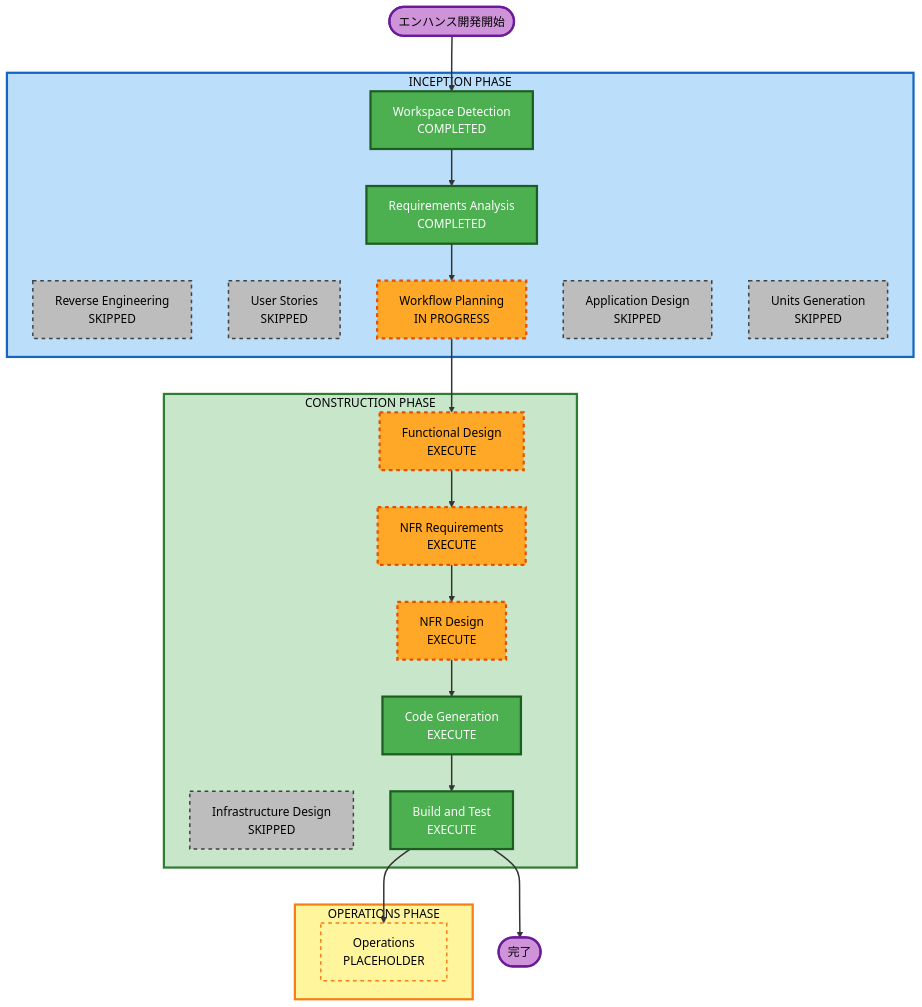
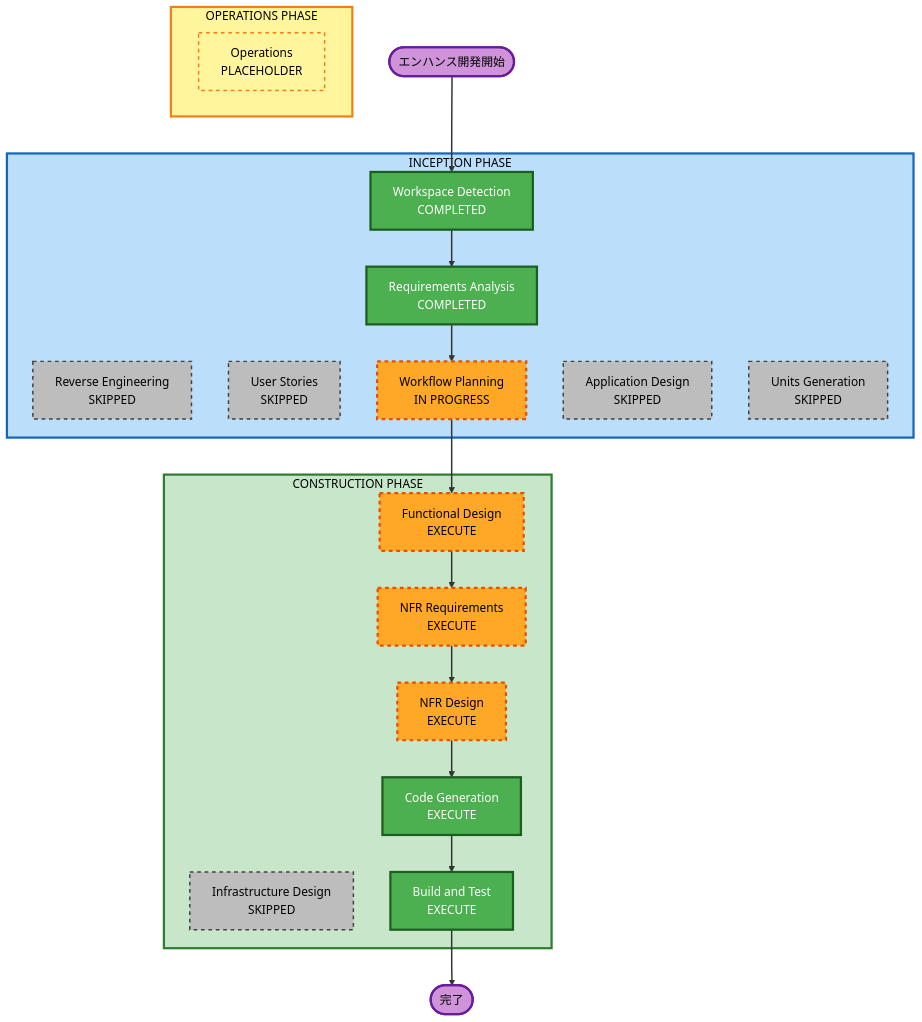
The diagram in Docs/spec/aidlc-docs/inception/plans/execution-plan.md (Bizarress/AI-Development-Tutorial), drawn with Mermaid before and after one commit. The commit also changed other lines of this file and 29 other files, not shown here.

````diff
--- a/Docs/spec/aidlc-docs/inception/plans/execution-plan.md
+++ b/Docs/spec/aidlc-docs/inception/plans/execution-plan.md
@@ -58,60 +63,59 @@
 ```mermaid
 flowchart TD
     Start(["エンハンス開発開始"])
 
     subgraph INCEPTION["INCEPTION PHASE"]
         WD["Workspace Detection\nCOMPLETED"]
         RE["Reverse Engineering\nSKIPPED"]
         RA["Requirements Analysis\nCOMPLETED"]
         US["User Stories\nSKIPPED"]
         WP["Workflow Planning\nIN PROGRESS"]
         AD["Application Design\nSKIPPED"]
         UG["Units Generation\nSKIPPED"]
     end
 
     subgraph CONSTRUCTION["CONSTRUCTION PHASE"]
         FD["Functional Design\nEXECUTE"]
         NFRA["NFR Requirements\nEXECUTE"]
         NFRD["NFR Design\nEXECUTE"]
         ID["Infrastructure Design\nSKIPPED"]
         CG["Code Generation\nEXECUTE"]
         BT["Build and Test\nEXECUTE"]
     end
 
     subgraph OPERATIONS["OPERATIONS PHASE"]
         OPS["Operations\nPLACEHOLDER"]
     end
 
     Start --> WD
     WD --> RA
     RA --> WP
     WP --> FD
     FD --> NFRA
     NFRA --> NFRD
     NFRD --> CG
     CG --> BT
-    BT --> OPS
     BT --> End(["完了"])
 
     style WD fill:#4CAF50,stroke:#1B5E20,stroke-width:3px,color:#fff
     style RA fill:#4CAF50,stroke:#1B5E20,stroke-width:3px,color:#fff
     style WP fill:#FFA726,stroke:#E65100,stroke-width:3px,stroke-dasharray:5 5,color:#000
     style FD fill:#FFA726,stroke:#E65100,stroke-width:3px,stroke-dasharray:5 5,color:#000
     style NFRA fill:#FFA726,stroke:#E65100,stroke-width:3px,stroke-dasharray:5 5,color:#000
     style NFRD fill:#FFA726,stroke:#E65100,stroke-width:3px,stroke-dasharray:5 5,color:#000
     style CG fill:#4CAF50,stroke:#1B5E20,stroke-width:3px,color:#fff
     style BT fill:#4CAF50,stroke:#1B5E20,stroke-width:3px,color:#fff
     style RE fill:#BDBDBD,stroke:#424242,stroke-width:2px,stroke-dasharray:5 5,color:#000
     style US fill:#BDBDBD,stroke:#424242,stroke-width:2px,stroke-dasharray:5 5,color:#000
     style AD fill:#BDBDBD,stroke:#424242,stroke-width:2px,stroke-dasharray:5 5,color:#000
     style UG fill:#BDBDBD,stroke:#424242,stroke-width:2px,stroke-dasharray:5 5,color:#000
     style ID fill:#BDBDBD,stroke:#424242,stroke-width:2px,stroke-dasharray:5 5,color:#000
     style OPS fill:#FFF59D,stroke:#F57F17,stroke-width:2px,stroke-dasharray:5 5,color:#000
     style INCEPTION fill:#BBDEFB,stroke:#1565C0,stroke-width:3px,color:#000
     style CONSTRUCTION fill:#C8E6C9,stroke:#2E7D32,stroke-width:3px,color:#000
     style OPERATIONS fill:#FFF59D,stroke:#F57F17,stroke-width:3px,color:#000
     style Start fill:#CE93D8,stroke:#6A1B9A,stroke-width:3px,color:#000
     style End fill:#CE93D8,stroke:#6A1B9A,stroke-width:3px,color:#000
 
     linkStyle default stroke:#333,stroke-width:2px
 ```
````
